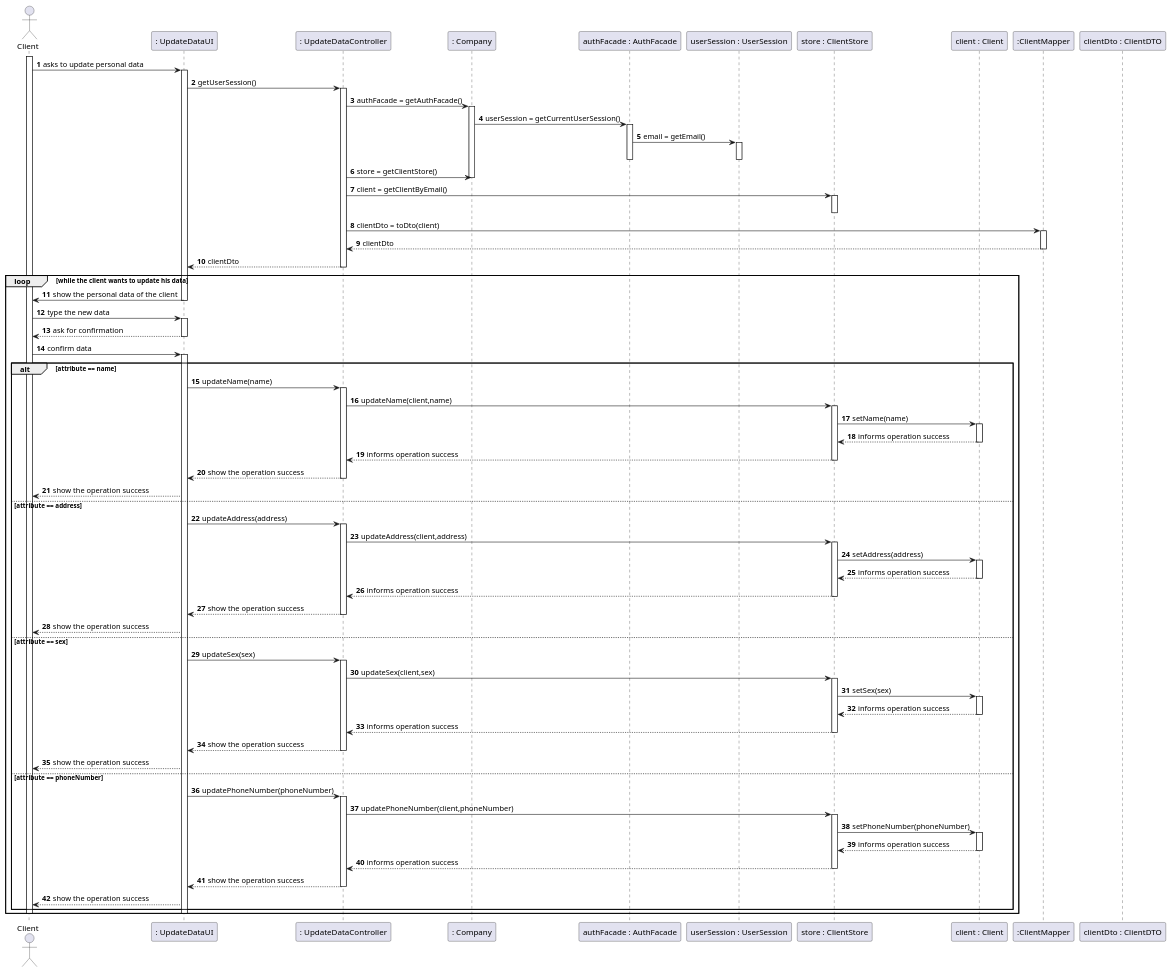
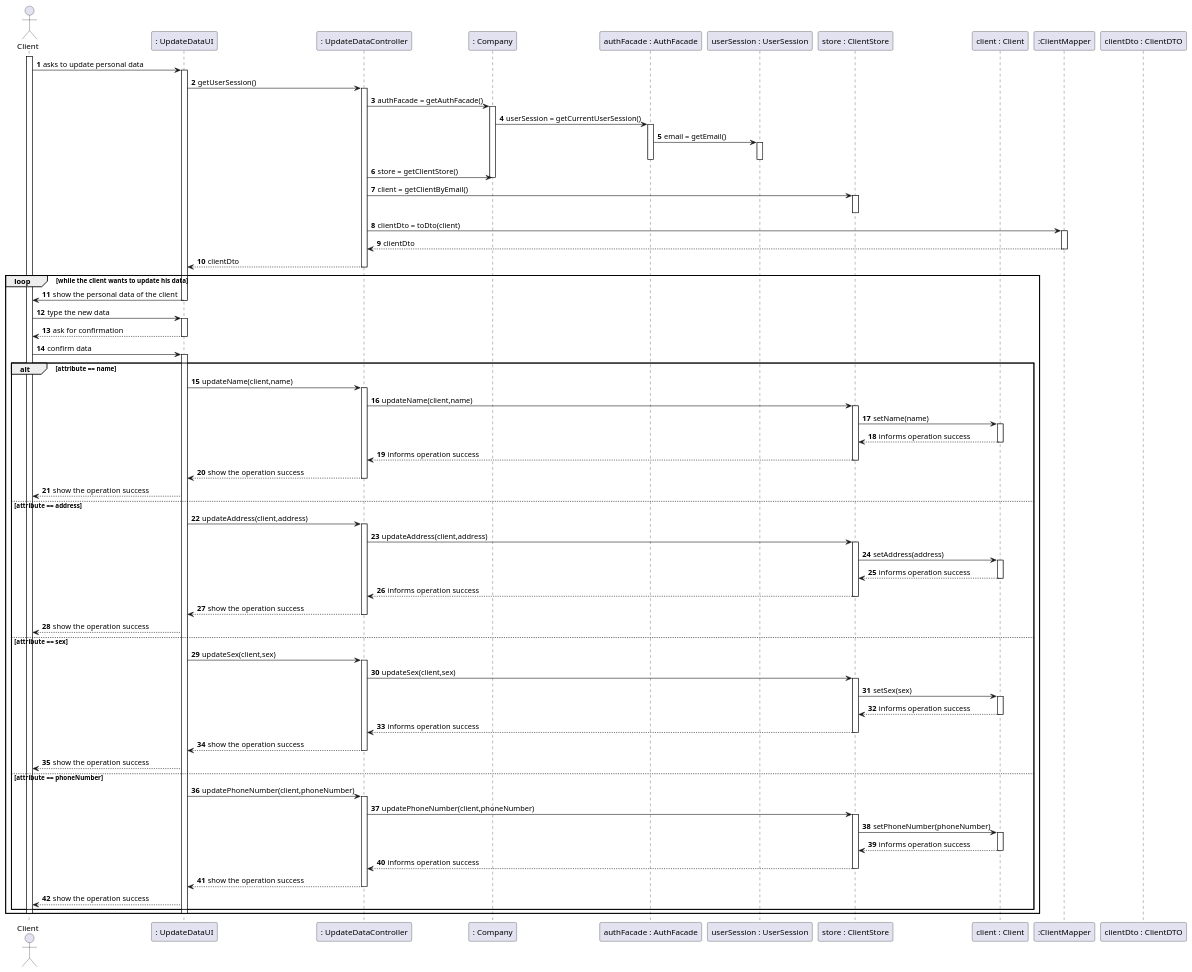
The diagram in docs/SprintD/US02/US02_SD.puml (manu-07-ela/LAPR2_ISEP), drawn with PlantUML before and after one commit. The commit also changed 10 other files, not shown here.

```diff
--- a/docs/SprintD/US02/US02_SD.puml
+++ b/docs/SprintD/US02/US02_SD.puml
@@ -1,111 +1,111 @@
 @startuml
 'https://plantuml.com/sequence-diagram
 
 autonumber
 actor "Client" as CL
 
 participant ": UpdateDataUI" as UI
 participant ": UpdateDataController" as CTRL
 participant ": Company" as COMP
 participant "authFacade : AuthFacade" as AUTH
 participant "userSession : UserSession" as SESSION
 participant "store : ClientStore" as STORE
 participant "client : Client" as CLIENT
 participant ":ClientMapper" as MAPPER
 participant "clientDto : ClientDTO" as DTO
 activate CL
 CL -> UI : asks to update personal data
 activate UI
 UI -> CTRL : getUserSession()
 activate CTRL
 CTRL -> COMP : authFacade = getAuthFacade()
 activate COMP
 COMP->AUTH : userSession = getCurrentUserSession()
 activate AUTH
 AUTH-> SESSION : email = getEmail()
 activate SESSION
 deactivate SESSION
 deactivate AUTH
 CTRL->COMP : store = getClientStore()
 deactivate COMP
 CTRL->STORE : client = getClientByEmail()
 activate STORE
 deactivate STORE
 CTRL-> MAPPER : clientDto = toDto(client)
 activate MAPPER
 MAPPER-->CTRL : clientDto
 deactivate MAPPER
 CTRL-->UI : clientDto
 deactivate CTRL
 
 loop while the client wants to update his data
 UI -> CL : show the personal data of the client
 deactivate UI
 CL -> UI : type the new data
 activate UI
 UI -->CL : ask for confirmation
 deactivate UI
 CL->UI: confirm data
 activate UI
 alt attribute == name
-UI-> CTRL : updateName(name)
+UI-> CTRL : updateName(client,name)
 activate CTRL
 CTRL -> STORE : updateName(client,name)
 activate STORE
 STORE -> CLIENT : setName(name)
 activate CLIENT
 CLIENT --> STORE : informs operation success
 deactivate CLIENT
 STORE --> CTRL : informs operation success
 deactivate STORE
 CTRL --> UI : show the operation success
 deactivate CTRL
 UI-->CL : show the operation success
 else attribute == address
-UI-> CTRL : updateAddress(address)
+UI-> CTRL : updateAddress(client,address)
 activate CTRL
 CTRL -> STORE : updateAddress(client,address)
 activate STORE
 STORE -> CLIENT : setAddress(address)
 activate CLIENT
 CLIENT --> STORE : informs operation success
 deactivate CLIENT
 STORE --> CTRL : informs operation success
 deactivate STORE
 CTRL --> UI : show the operation success
 deactivate CTRL
 UI-->CL : show the operation success
 else attribute == sex
-UI-> CTRL : updateSex(sex)
+UI-> CTRL : updateSex(client,sex)
 activate CTRL
 CTRL -> STORE : updateSex(client,sex)
 activate STORE
 STORE -> CLIENT : setSex(sex)
 activate CLIENT
 CLIENT --> STORE : informs operation success
 deactivate CLIENT
 STORE --> CTRL : informs operation success
 deactivate STORE
 CTRL --> UI : show the operation success
 deactivate CTRL
 UI-->CL : show the operation success
 else attribute == phoneNumber
-UI-> CTRL : updatePhoneNumber(phoneNumber)
+UI-> CTRL : updatePhoneNumber(client,phoneNumber)
 activate CTRL
 CTRL -> STORE : updatePhoneNumber(client,phoneNumber)
 activate STORE
 STORE -> CLIENT : setPhoneNumber(phoneNumber)
 activate CLIENT
 CLIENT --> STORE : informs operation success
 deactivate CLIENT
 STORE --> CTRL : informs operation success
 deactivate STORE
 CTRL --> UI : show the operation success
 deactivate CTRL
 UI-->CL : show the operation success
 end alt
 deactivate UI
 deactivate CL
 end
 
 @enduml
```
